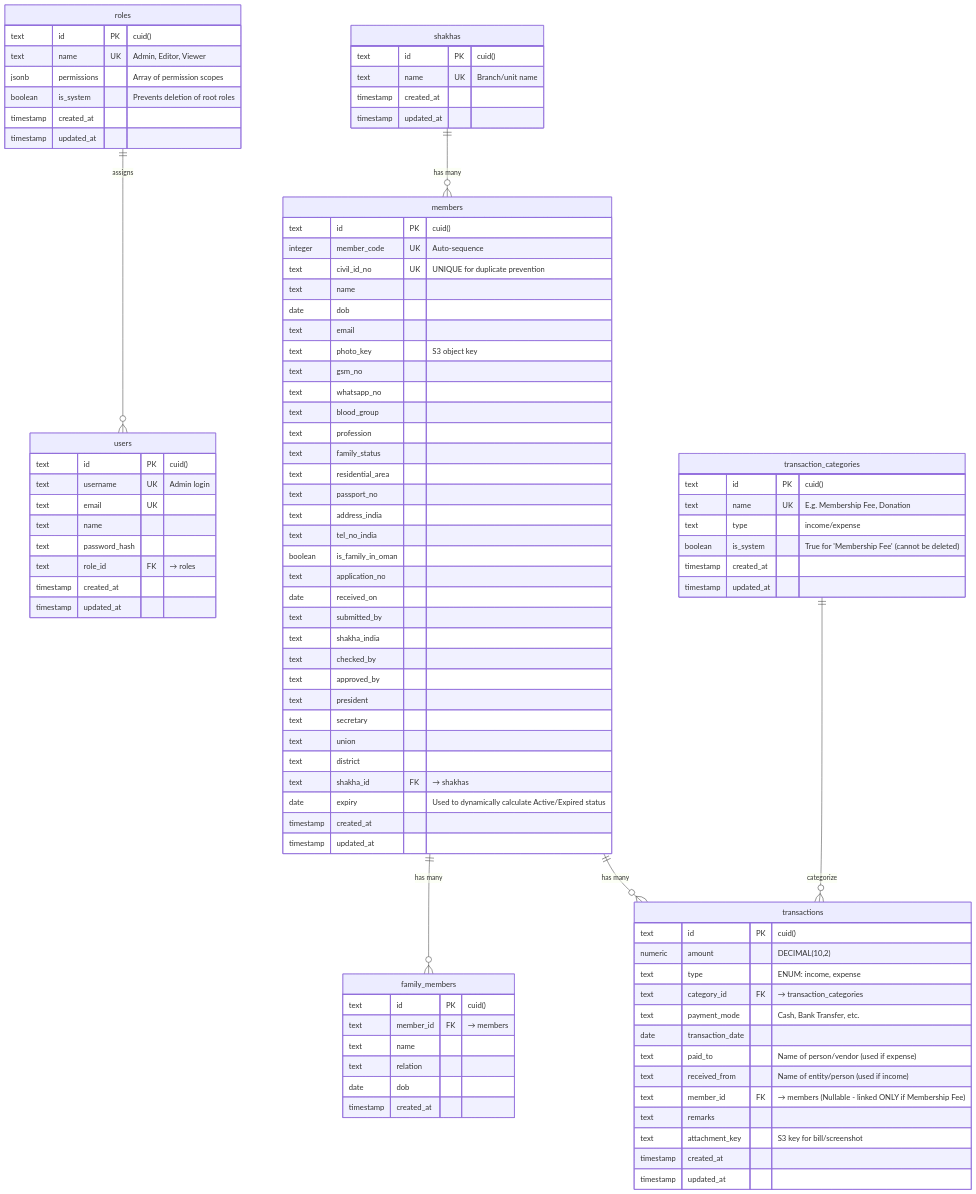
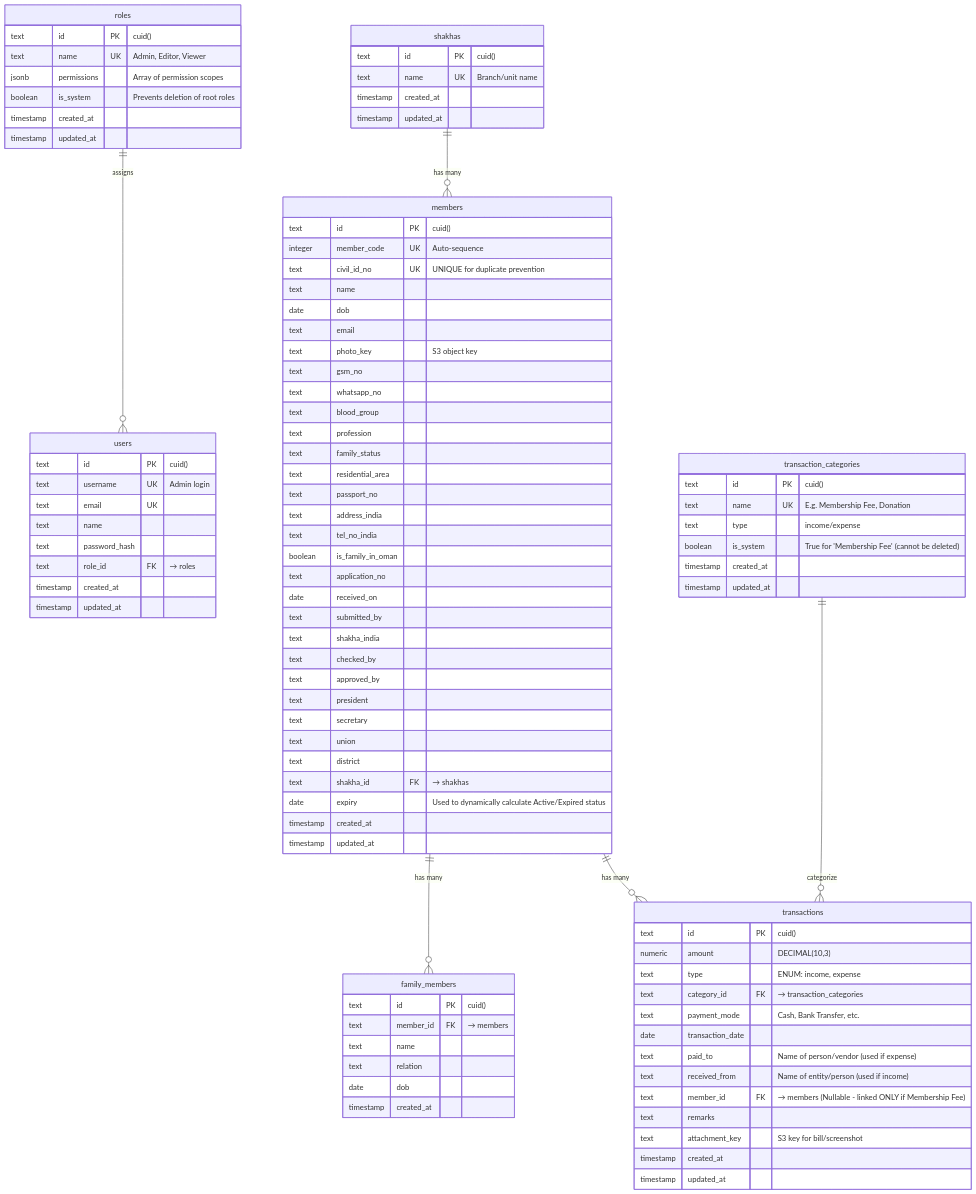
The diagram in docs/DATABASE.md (arshaddanish/sndp-salalah), drawn with Mermaid before and after one commit. The commit also changed other lines of this file and 3 other files, not shown here.

```diff
--- a/docs/DATABASE.md
+++ b/docs/DATABASE.md
@@ -108,7 +108,7 @@
 
     transactions {
         text id PK "cuid()"
-        numeric amount "DECIMAL(10,2)"
+        numeric amount "DECIMAL(10,3)"
         text type "ENUM: income, expense"
         text category_id FK "→ transaction_categories"
         text payment_mode "Cash, Bank Transfer, etc."
```
